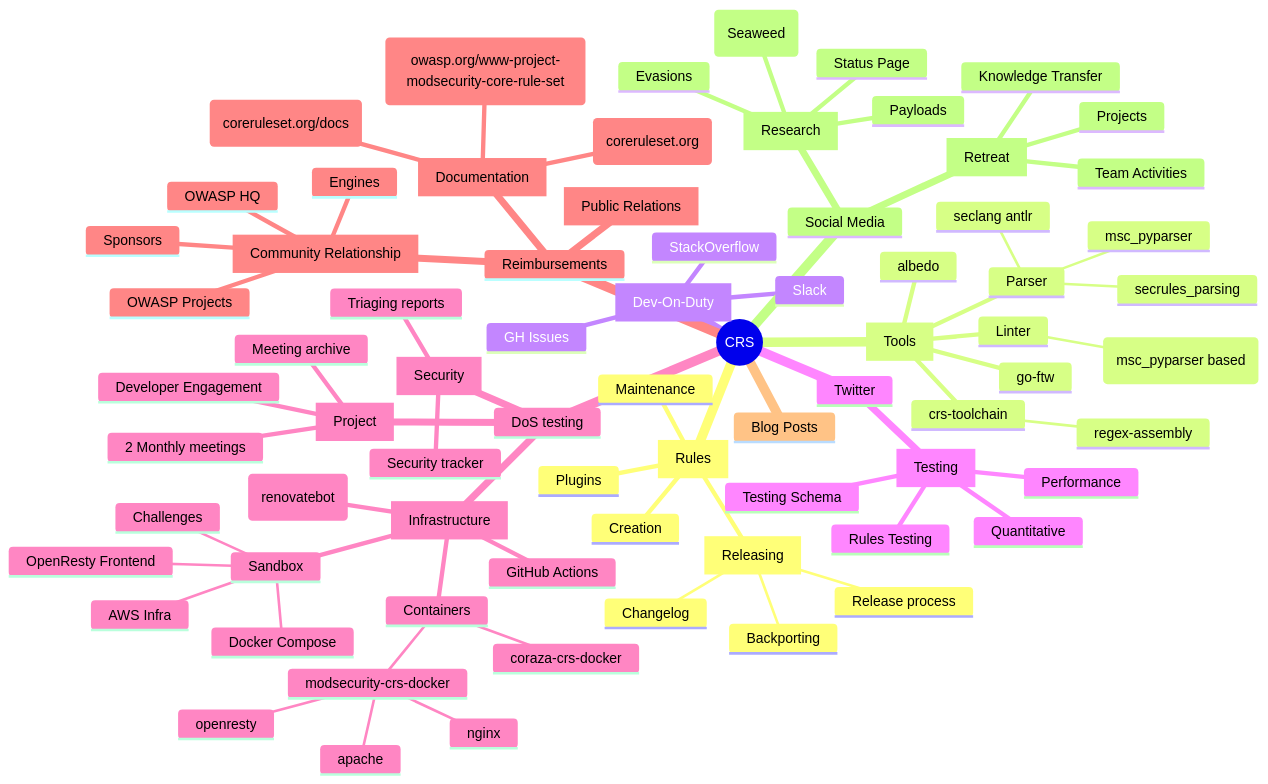
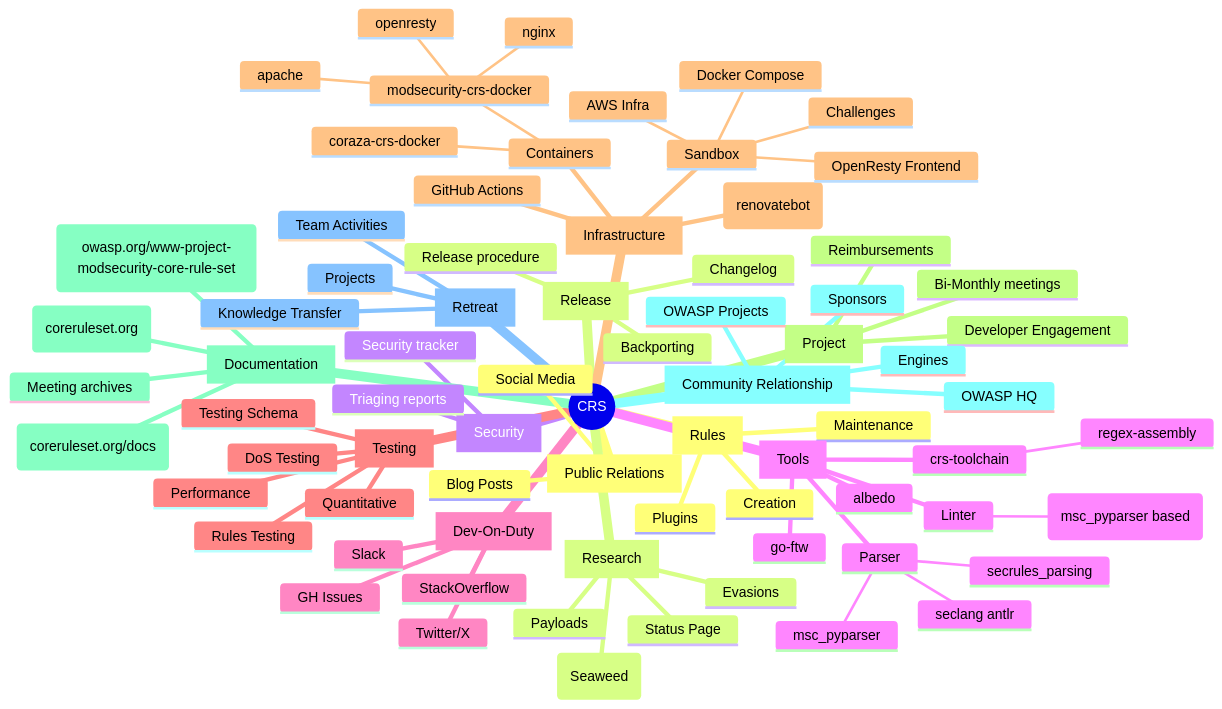
The diagram in profile/README.md (coreruleset/.github), drawn with Mermaid before and after one commit.

Commit message:
fix: indentation

````diff
--- a/profile/README.md
+++ b/profile/README.md
@@ -3,77 +3,77 @@
 ```mermaid
 mindmap
   root((CRS))
     id[Rules]
       Creation
       Maintenance
-      id[Releasing]
-        Changelog
-        Release process
-        Backporting
       Plugins
+    id[Release]
+      Changelog
+      Release procedure
+      Backporting
+    id[Security]
+      Security tracker
+      Triaging reports
     id[Tools]
       crs-toolchain
         regex-assembly
       go-ftw
       albedo
       Parser
         secrules_parsing
         seclang antlr
         msc_pyparser
       Linter
         rules-check (msc_pyparser based)
     id[Dev-On-Duty]
       Slack
       GH Issues
       StackOverflow
-	  Twitter
+      Twitter/X
     id[Testing]
       Rules Testing
       Testing Schema
       Quantitative
       Performance
-	  DoS testing
+      DoS Testing
     id[Infrastructure]
       Updates (renovatebot)
       GitHub Actions
       Containers
         modsecurity-crs-docker
           apache
           nginx
           openresty
         coraza-crs-docker
       Sandbox
         AWS Infra
         OpenResty Frontend
         Challenges
         Docker Compose
-    id[Security]
-      Security tracker
-      Triaging reports
     id[Project]
-      2 Monthly meetings
+      Bi-Monthly meetings
       Developer Engagement
-      Meeting archive
-	  Reimbursements
+      Reimbursements
     id[Documentation]
       Website Blogs (coreruleset.org)
       Documentation (coreruleset.org/docs)
       OWASP Website (owasp.org/www-project-modsecurity-core-rule-set)
+      Meeting archives
     id[Community Relationship]
       Sponsors
       Engines
       OWASP Projects
       OWASP HQ
-    id[Public Relations]
-	  Blog Posts
-	  Social Media
     id[Retreat]
       Projects
       Knowledge Transfer
       Team Activities
+    id[Public Relations]
+      Blog Posts
+      Social Media
     id[Research]
       CVEs (Seaweed)
       Status Page
       Payloads
       Evasions
 ```
````
